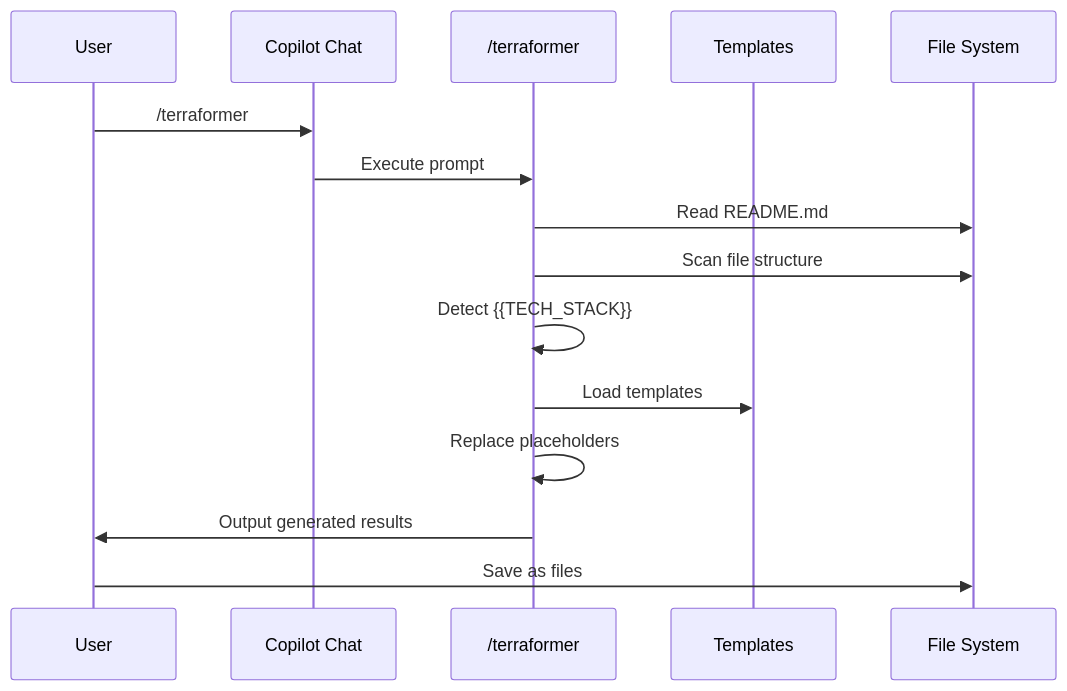
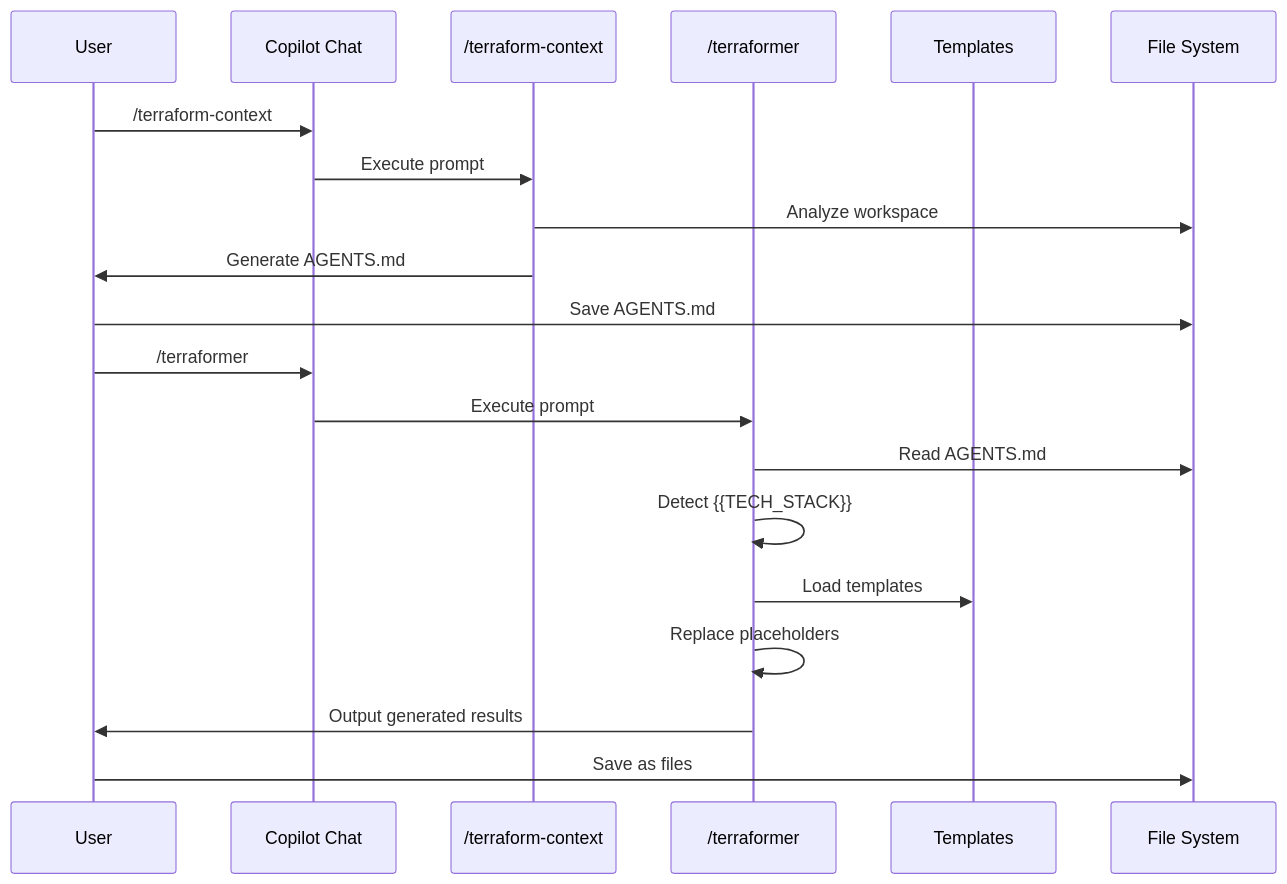
One commit to LongbowXXX/terraformer changed the first of 14 diagrams in agents-docs/key-flows.md. Above: the diagram before and after it, drawn with Mermaid. The commit also changed 8 other files, not shown here.

Commit message:
feat: introduce ANTP v1.4 Roles & Skills architecture with new documentation and updated generation flow.

````diff
--- a/agents-docs/key-flows.md
+++ b/agents-docs/key-flows.md
@@ -16,18 +16,24 @@
 ```mermaid
 sequenceDiagram
     participant U as User
     participant CC as Copilot Chat
+    participant TC as /terraform-context
     participant TF as /terraformer
     participant TP as Templates
     participant FS as File System
 
+    U->>CC: /terraform-context
+    CC->>TC: Execute prompt
+    TC->>FS: Analyze workspace
+    TC->>U: Generate AGENTS.md
+    U->>FS: Save AGENTS.md
+
     U->>CC: /terraformer
     CC->>TF: Execute prompt
-    TF->>FS: Read README.md
-    TF->>FS: Scan file structure
+    TF->>FS: Read AGENTS.md
     TF->>TF: Detect {{TECH_STACK}}
     TF->>TP: Load templates
     TF->>TF: Replace placeholders
     TF->>U: Output generated results
     U->>FS: Save as files
 ```
````
